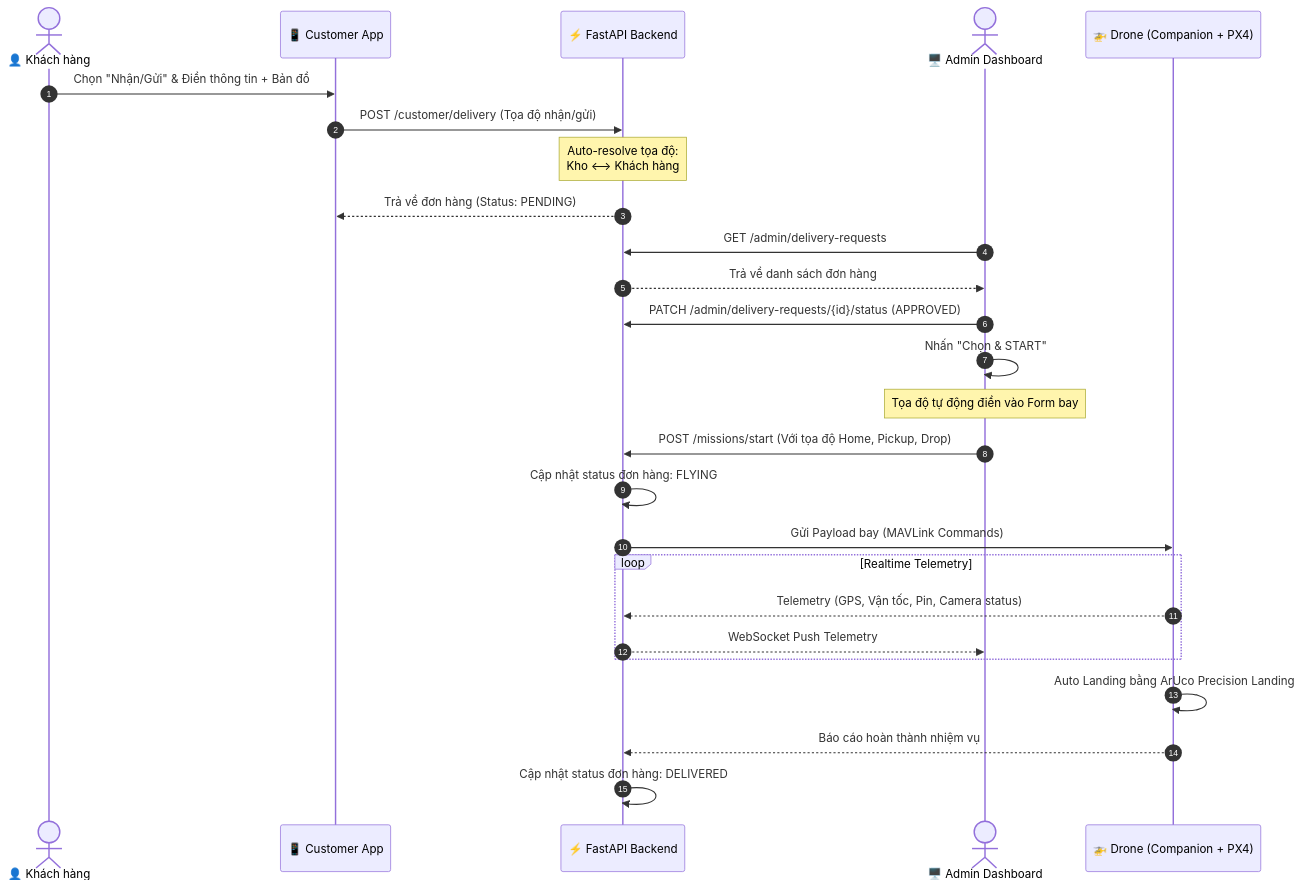
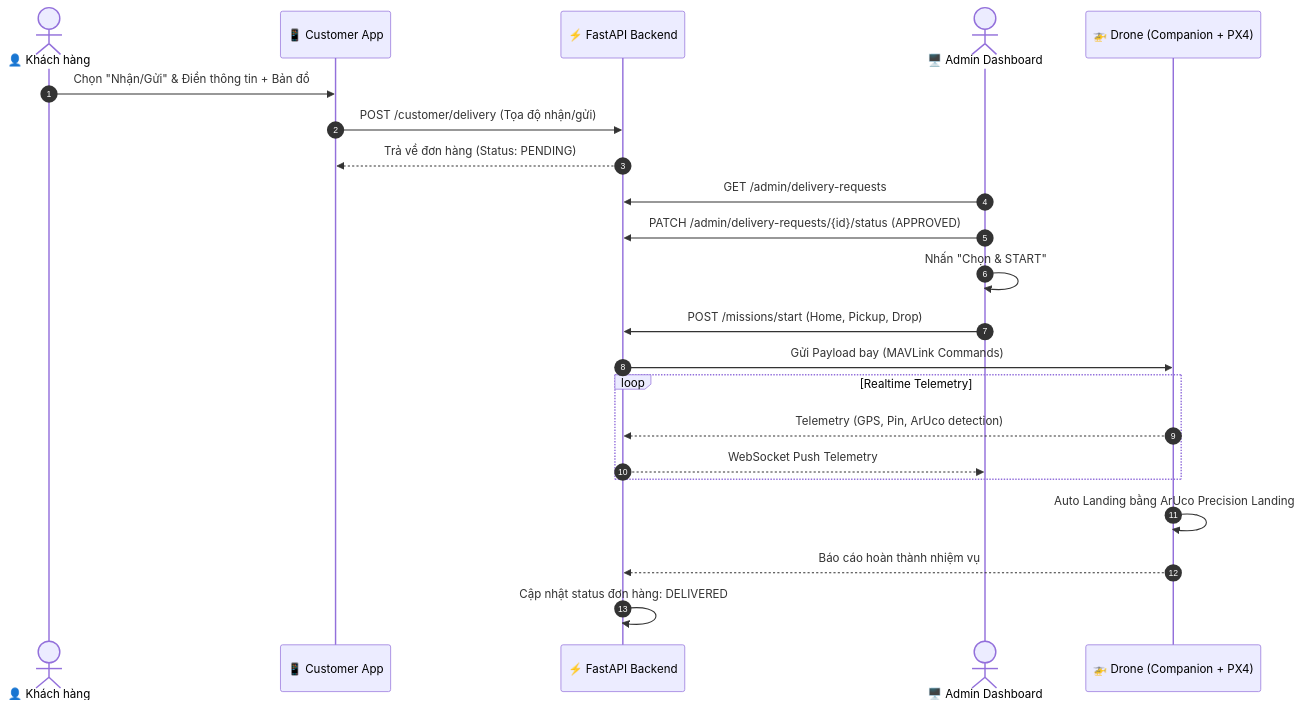
The second of 5 diagrams in docs/system-design.md (padungaz/drone-delivery-system), drawn with Mermaid before and after one commit. The commit also changed other lines of this file and 37 other files, not shown here.

````diff
--- a/docs/system-design.md
+++ b/docs/system-design.md
@@ -49,33 +65,29 @@
 ```mermaid
 sequenceDiagram
     autonumber
     actor Customer as 👤 Khách hàng
     participant CustApp as 📱 Customer App
     participant Backend as ⚡ FastAPI Backend
     actor Admin as 🖥️ Admin Dashboard
     participant Drone as 🚁 Drone (Companion + PX4)
 
     Customer->>CustApp: Chọn "Nhận/Gửi" & Điền thông tin + Bản đồ
     CustApp->>Backend: POST /customer/delivery (Tọa độ nhận/gửi)
-    Note over Backend: Auto-resolve tọa độ:<br/>Kho ⟷ Khách hàng
     Backend-->>CustApp: Trả về đơn hàng (Status: PENDING)
     
     Admin->>Backend: GET /admin/delivery-requests
-    Backend-->>Admin: Trả về danh sách đơn hàng
     Admin->>Backend: PATCH /admin/delivery-requests/{id}/status (APPROVED)
     
     Admin->>Admin: Nhấn "Chọn & START"
-    Note over Admin: Tọa độ tự động điền vào Form bay
-    Admin->>Backend: POST /missions/start (Với tọa độ Home, Pickup, Drop)
-    Backend->>Backend: Cập nhật status đơn hàng: FLYING
+    Admin->>Backend: POST /missions/start (Home, Pickup, Drop)
     Backend->>Drone: Gửi Payload bay (MAVLink Commands)
     
     loop Realtime Telemetry
-        Drone-->>Backend: Telemetry (GPS, Vận tốc, Pin, Camera status)
+        Drone-->>Backend: Telemetry (GPS, Pin, ArUco detection)
         Backend-->>Admin: WebSocket Push Telemetry
     end
 
     Drone->>Drone: Auto Landing bằng ArUco Precision Landing
     Drone-->>Backend: Báo cáo hoàn thành nhiệm vụ
     Backend->>Backend: Cập nhật status đơn hàng: DELIVERED
 ```
````
